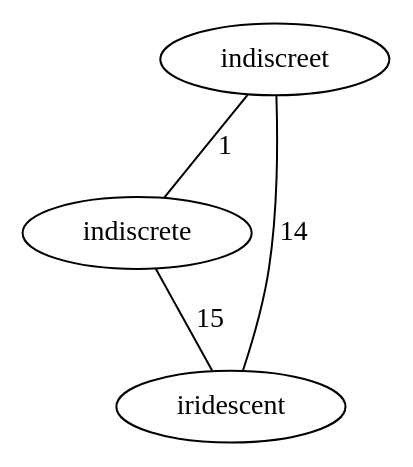
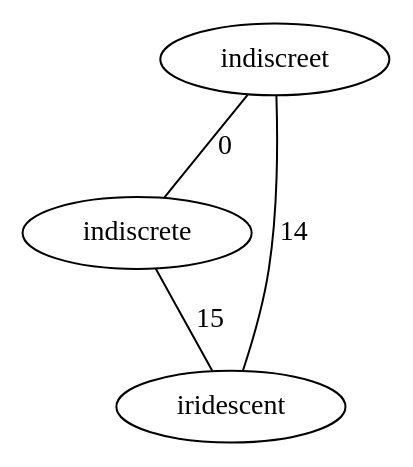
Before and after one commit to increpare/Galaktisches_Etymologieforschungsinstitut: the diagram in output/dot/EN_indiscreet.dot, drawn with Graphviz. The commit also changed 47 other files, not shown here.

```diff
--- a/output/dot/EN_indiscreet.dot
+++ b/output/dot/EN_indiscreet.dot
@@ -1,5 +1,5 @@
 graph {
-	indiscreet -- indiscrete [ label="1" ];
+	indiscreet -- indiscrete [ label="0" ];
 	indiscreet -- iridescent [ label="14" ];
 	indiscrete -- iridescent [ label="15" ];
 }
```
